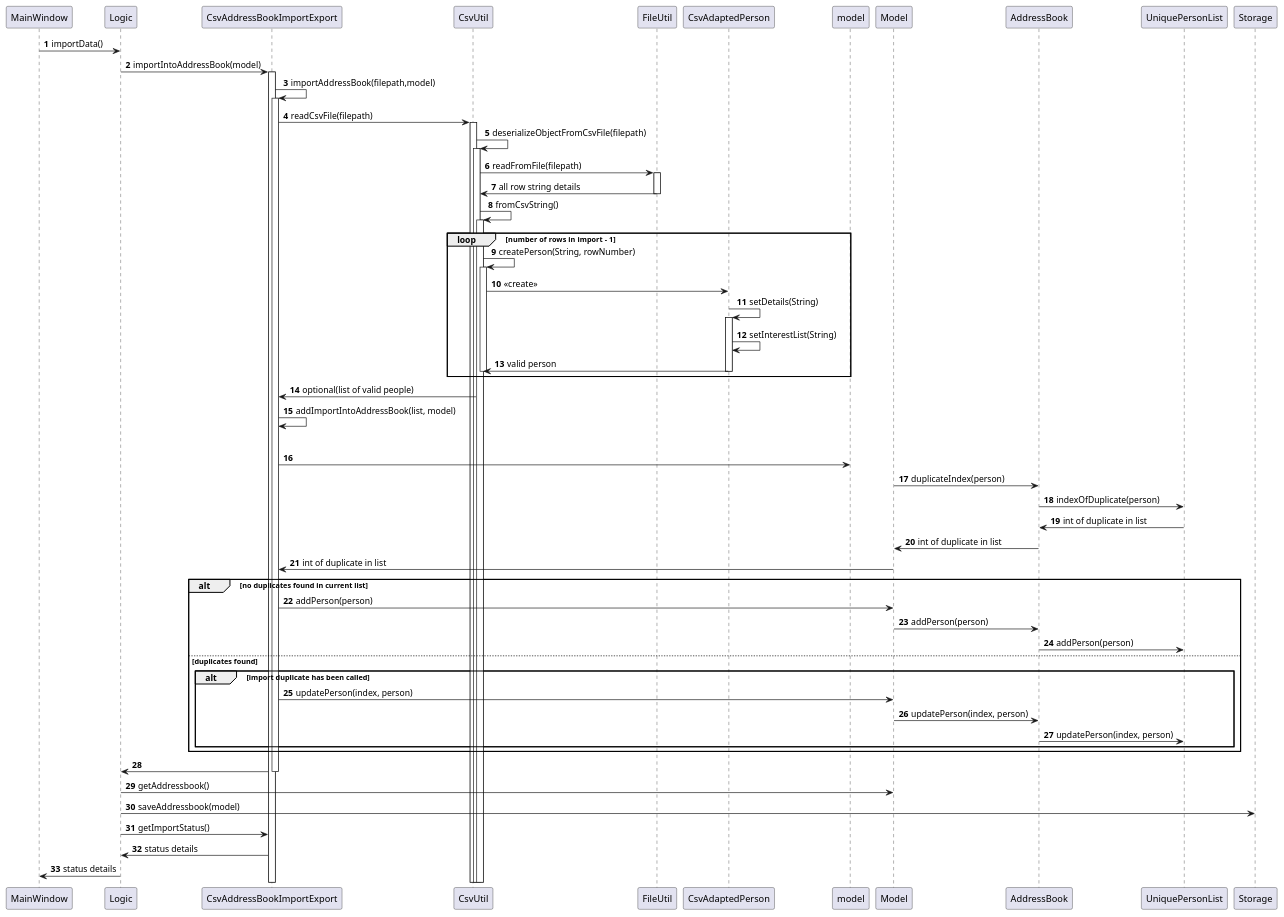
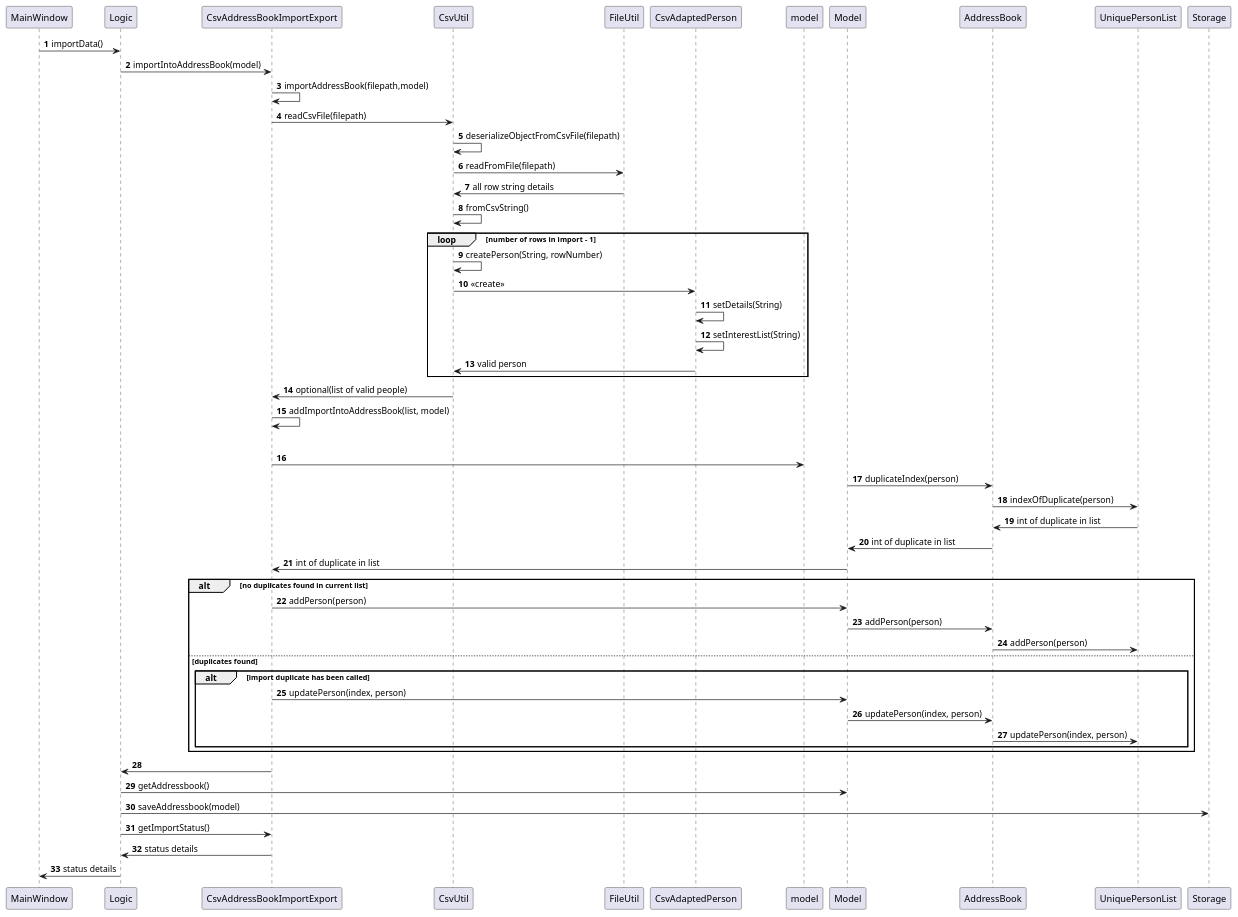
One commit to pranav-ganesh/tp changed the diagram in docs/diagrams/ImportCsvSequenceDiagram.puml. Above: the diagram before and after it, drawn with PlantUML.

Commit message:
remove Activation bar

```diff
--- a/docs/diagrams/ImportCsvSequenceDiagram.puml
+++ b/docs/diagrams/ImportCsvSequenceDiagram.puml
@@ -1,67 +1,64 @@
 @startuml
 'https://plantuml.com/sequence-diagram
 
 autonumber
 
 MainWindow -> Logic: importData()
 Logic -> CsvAddressBookImportExport: importIntoAddressBook(model)
-activate CsvAddressBookImportExport
+
 CsvAddressBookImportExport -> CsvAddressBookImportExport: importAddressBook(filepath,model)
-activate CsvAddressBookImportExport
+
 CsvAddressBookImportExport -> CsvUtil: readCsvFile(filepath)
-activate CsvUtil
+
 CsvUtil -> CsvUtil: deserializeObjectFromCsvFile(filepath)
-activate CsvUtil
+
 CsvUtil -> FileUtil: readFromFile(filepath)
-activate FileUtil
+
 CsvUtil <- FileUtil: all row string details
-deactivate FileUtil
+
 CsvUtil -> CsvUtil: fromCsvString()
-activate CsvUtil
+
 
 loop number of  rows in import - 1
     CsvUtil -> CsvUtil: createPerson(String, rowNumber)
-    activate CsvUtil
+
     CsvUtil -> CsvAdaptedPerson: <<create>>
 
 
     CsvAdaptedPerson -> CsvAdaptedPerson: setDetails(String)
-    activate CsvAdaptedPerson
+
     CsvAdaptedPerson -> CsvAdaptedPerson: setInterestList(String)
     CsvUtil <- CsvAdaptedPerson: valid person
-    deactivate CsvAdaptedPerson
-    deactivate CsvAdaptedPerson
-    deactivate CsvUtil
     end
 
 CsvAddressBookImportExport <- CsvUtil: optional(list of valid people)
 CsvAddressBookImportExport -> CsvAddressBookImportExport: addImportIntoAddressBook(list, model)
 
 loop no. of valid people
     CsvAddressBookImportExport  -> model
 	Model -> AddressBook: duplicateIndex(person)
 	AddressBook -> UniquePersonList : indexOfDuplicate(person)
 	AddressBook <- UniquePersonList : int of duplicate in list
 	Model <- AddressBook : int of duplicate in list
     CsvAddressBookImportExport <- Model : int of duplicate in list
     alt no duplicates found in current list
         CsvAddressBookImportExport ->  Model: addPerson(person)
         Model -> AddressBook : addPerson(person)
         AddressBook -> UniquePersonList : addPerson(person)
     else duplicates found
         alt import duplicate has been called
                     CsvAddressBookImportExport ->  Model: updatePerson(index, person)
                     Model -> AddressBook : updatePerson(index, person)
                     AddressBook -> UniquePersonList : updatePerson(index, person)
         end
     end
 
 Logic <- CsvAddressBookImportExport
 deactivate CsvAddressBookImportExport
 Logic -> Model: getAddressbook()
 Logic -> Storage: saveAddressbook(model)
 Logic -> CsvAddressBookImportExport: getImportStatus()
 Logic <- CsvAddressBookImportExport: status details
 MainWindow <- Logic: status details
 
 @enduml
```
